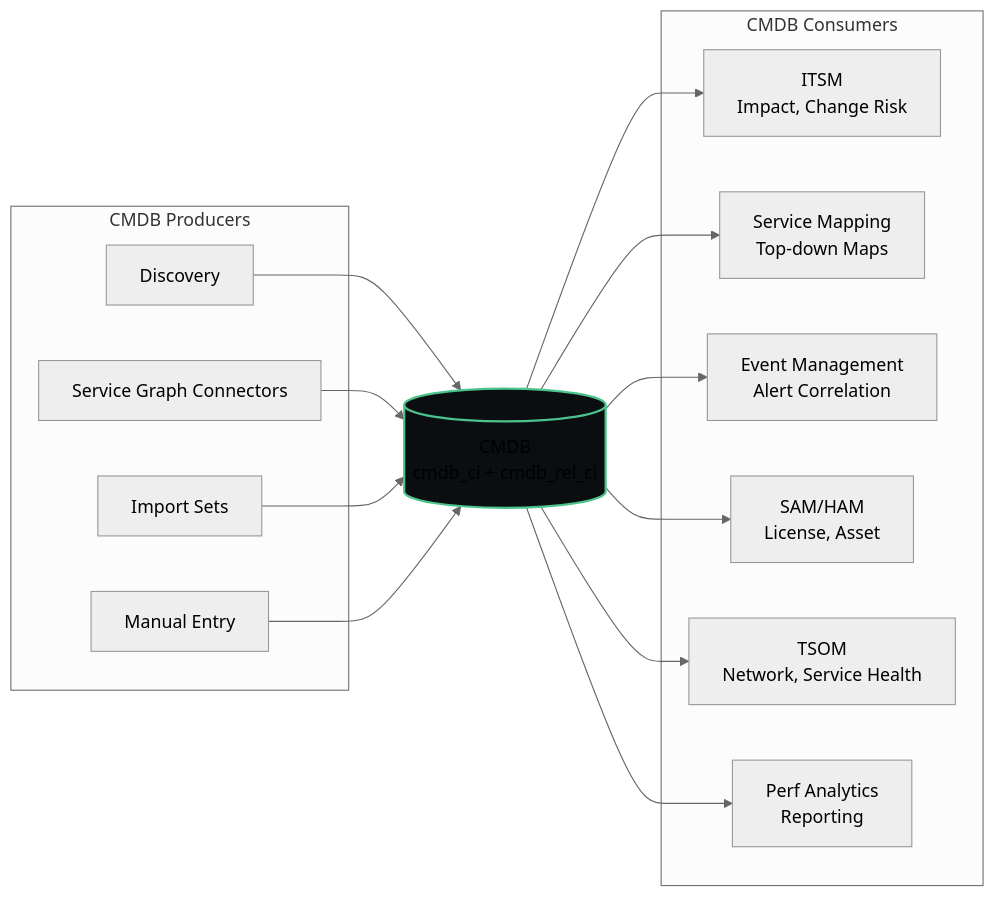
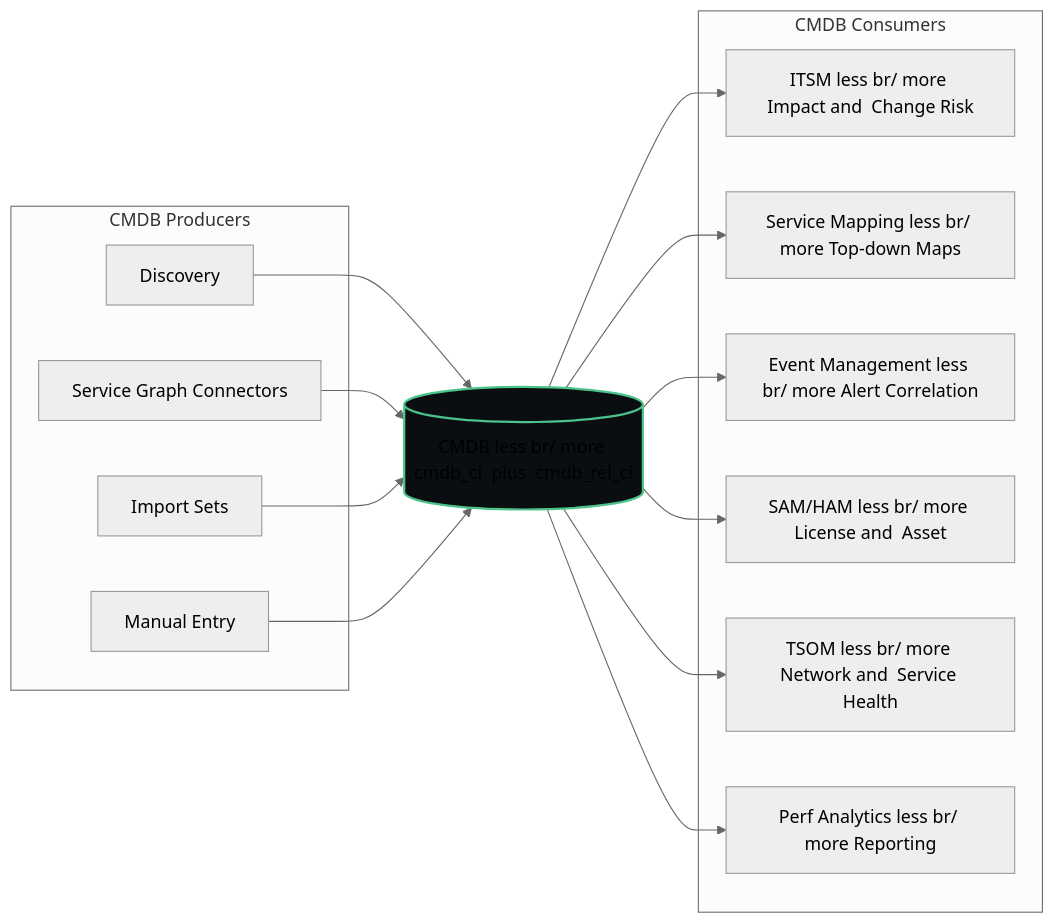
Before and after one commit to eltonaguiar/ServiceNow_Learning_TSOM-_CSM_FSM_SalesCRM_HAM_ITSM: the fifth of 22 diagrams in docs/modules/cmdb/cmdb-guide.md, drawn with Mermaid (neutral theme). The commit also changed other lines of this file and 19 other files, not shown here.

Commit message:
Fix all Mermaid diagram special characters - replace dollar, parens, slashes, quotes, pipes, nested brackets and other unsafe chars inside brackets with safe alternatives across 19 files

````diff
--- a/docs/modules/cmdb/cmdb-guide.md
+++ b/docs/modules/cmdb/cmdb-guide.md
@@ -541,34 +541,34 @@
 ```mermaid
 flowchart LR
     subgraph "CMDB Producers"
         DISC[Discovery]
         SGC[Service Graph Connectors]
         IMP[Import Sets]
         MAN[Manual Entry]
     end
     
-    CMDB[(CMDB<br/>cmdb_ci + cmdb_rel_ci)]
+    CMDB[(CMDB less br/ more cmdb_ci  plus  cmdb_rel_ci)]
     
     subgraph "CMDB Consumers"
-        ITSM[ITSM<br/>Impact, Change Risk]
-        SM[Service Mapping<br/>Top-down Maps]
-        EVT[Event Management<br/>Alert Correlation]
-        SAM[SAM/HAM<br/>License, Asset]
-        TSOM[TSOM<br/>Network, Service Health]
-        PA[Perf Analytics<br/>Reporting]
+        ITSM[ITSM less br/ more Impact and  Change Risk]
+        SM[Service Mapping less br/ more Top-down Maps]
+        EVT[Event Management less br/ more Alert Correlation]
+        SAM[SAM/HAM less br/ more License and  Asset]
+        TSOM[TSOM less br/ more Network and  Service Health]
+        PA[Perf Analytics less br/ more Reporting]
     end
     
     DISC --> CMDB
     SGC --> CMDB
     IMP --> CMDB
     MAN --> CMDB
     
     CMDB --> ITSM
     CMDB --> SM
     CMDB --> EVT
     CMDB --> SAM
     CMDB --> TSOM
     CMDB --> PA
     
     style CMDB fill:#0b0e11,stroke:#4cc38a,stroke-width:2px
 ```
````
